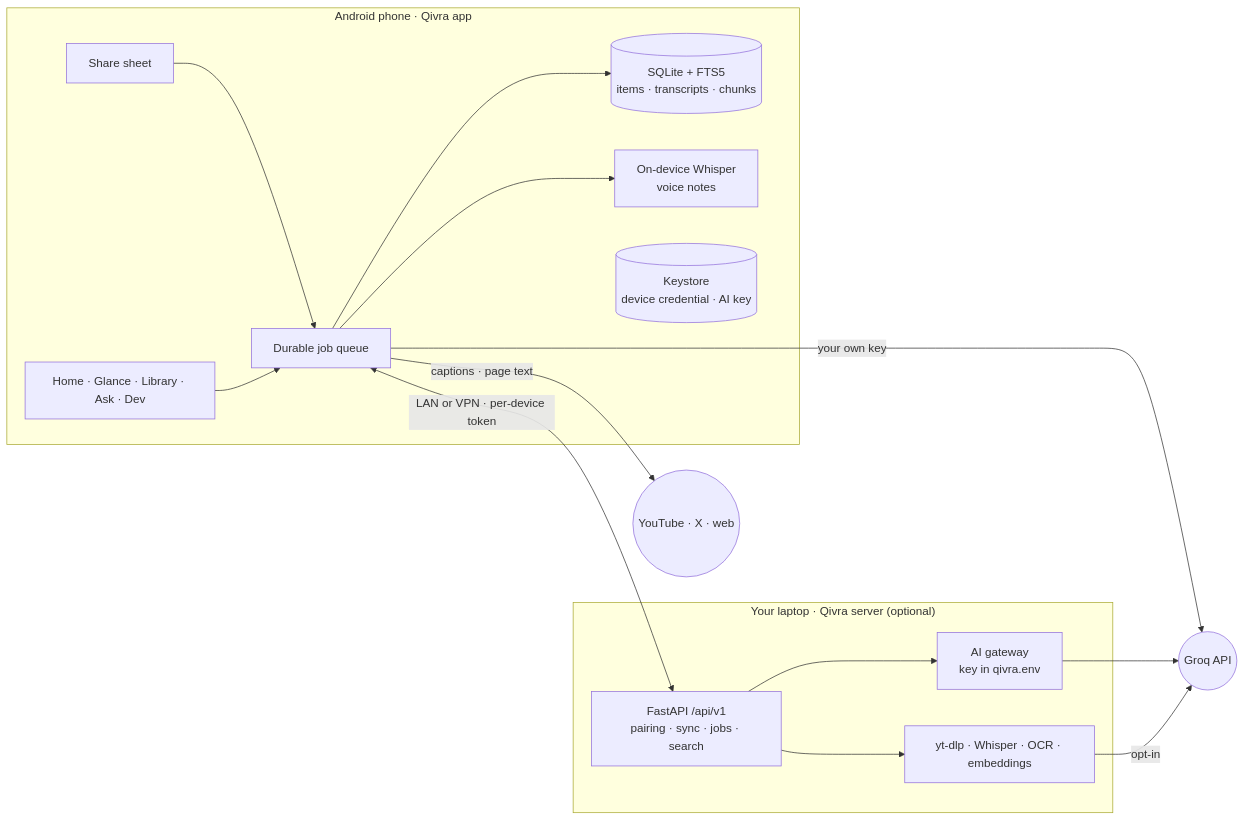
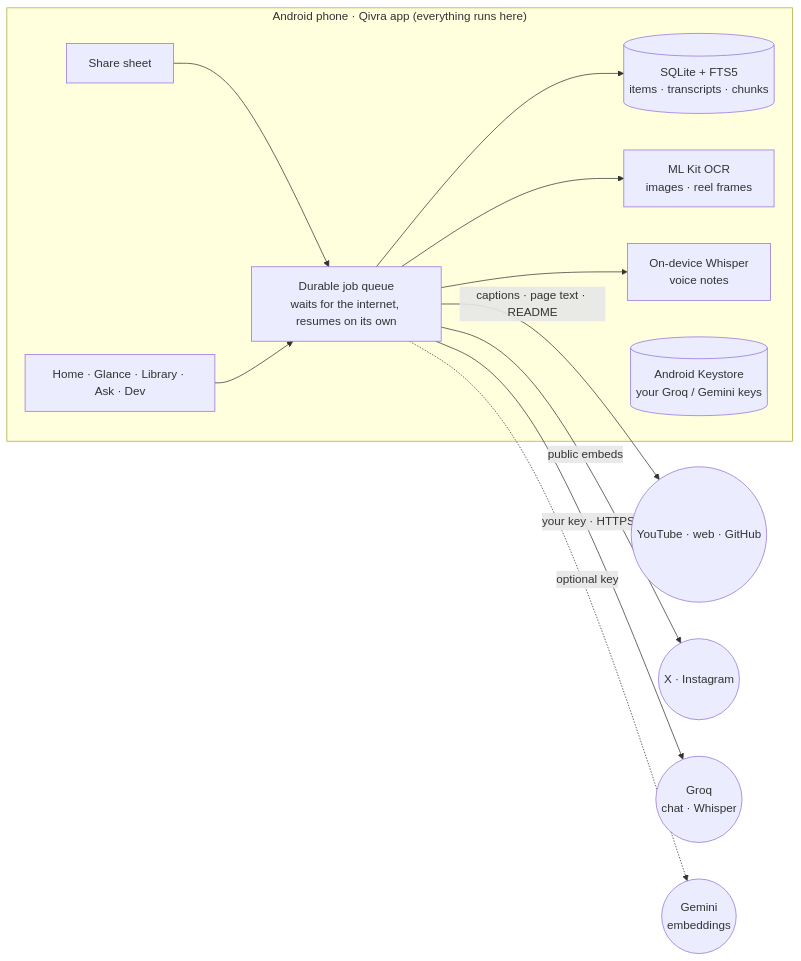
One commit to deekshith-b48/Qivra changed the diagram in README.md. Above: the diagram before and after it, drawn with Mermaid. The commit also changed other lines of this file and 54 other files, not shown here.

First line of the commit message:
Qivra 2.2.0: no server, the whole app runs on the phone

````diff
--- a/README.md
+++ b/README.md
@@ -108,24 +89,16 @@
 ```mermaid
 flowchart LR
-  subgraph Phone["Android phone · Qivra app"]
-    Share["Share sheet"] --> Jobs["Durable job queue"]
+  subgraph Phone["Android phone · Qivra app (everything runs here)"]
+    Share["Share sheet"] --> Jobs["Durable job queue<br/>waits for the internet, resumes on its own"]
     UI["Home · Glance · Library · Ask · Dev"] --> Jobs
     Jobs --> DB[("SQLite + FTS5<br/>items · transcripts · chunks")]
+    Jobs --> OCR["ML Kit OCR<br/>images · reel frames"]
     Jobs --> Whisper["On-device Whisper<br/>voice notes"]
-    Key[("Keystore<br/>device credential · AI key")]
+    Key[("Android Keystore<br/>your Groq / Gemini keys")]
   end
 
-  subgraph Laptop["Your laptop · Qivra server (optional)"]
-    API["FastAPI /api/v1<br/>pairing · sync · jobs · search"]
-    Media["yt-dlp · Whisper · OCR · embeddings"]
-    GW["AI gateway<br/>key in qivra.env"]
-    API --> Media
-    API --> GW
-  end
-
-  Jobs <-->|"LAN or VPN · per-device token"| API
-  Jobs -->|"captions · page text"| Web(("YouTube · X · web"))
-  Jobs -->|"your own key"| Groq(("Groq API"))
-  GW --> Groq
-  Media -->|"opt-in"| Groq
+  Jobs -->|"captions · page text · README"| Web(("YouTube · web · GitHub"))
+  Jobs -->|"public embeds"| Social(("X · Instagram"))
+  Jobs -->|"your key · HTTPS"| Groq(("Groq<br/>chat · Whisper"))
+  Jobs -.->|"optional key"| Gemini(("Gemini<br/>embeddings"))
 ```
````
